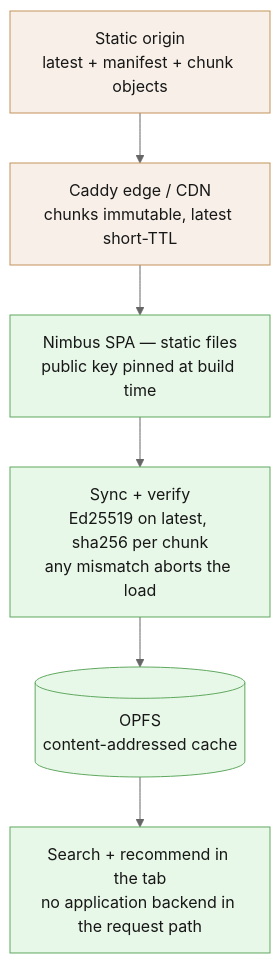
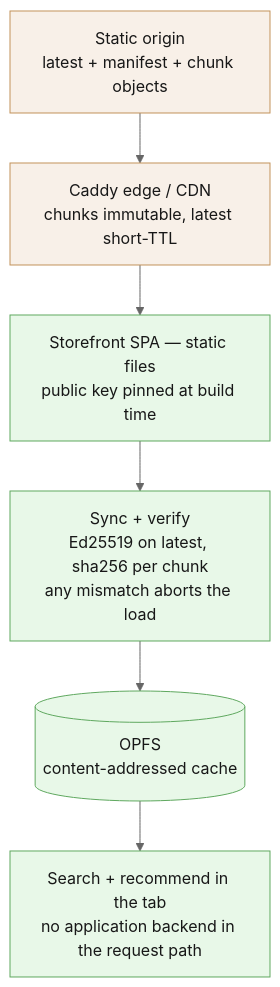
One commit to gainratio/edge-reco changed the first of 2 diagrams in docs/DEPLOY.md. Above: the diagram before and after it, drawn with Mermaid (neutral theme). The commit also changed other lines of this file and 15 other files, not shown here.

````diff
--- a/docs/DEPLOY.md
+++ b/docs/DEPLOY.md
@@ -14,16 +14,16 @@
 ```mermaid
 flowchart TB
   origin["Static origin<br>latest + manifest + chunk objects"]
   edge["Caddy edge / CDN<br>chunks immutable, latest short-TTL"]
-  spa["Nimbus SPA — static files<br>public key pinned at build time"]
+  spa["Storefront SPA — static files<br>public key pinned at build time"]
   verify["Sync + verify<br>Ed25519 on latest, sha256 per chunk<br>any mismatch aborts the load"]
   opfs[("OPFS<br>content-addressed cache")]
   tab["Search + recommend in the tab<br>no application backend in the request path"]
 
   origin --> edge --> spa --> verify --> opfs --> tab
 
   classDef cdn fill:#f8f0e8,stroke:#c2925a,color:#171717;
   classDef local fill:#e8f8e8,stroke:#5fa85f,color:#171717;
   class origin,edge cdn;
   class spa,verify,opfs,tab local;
 ```
````
